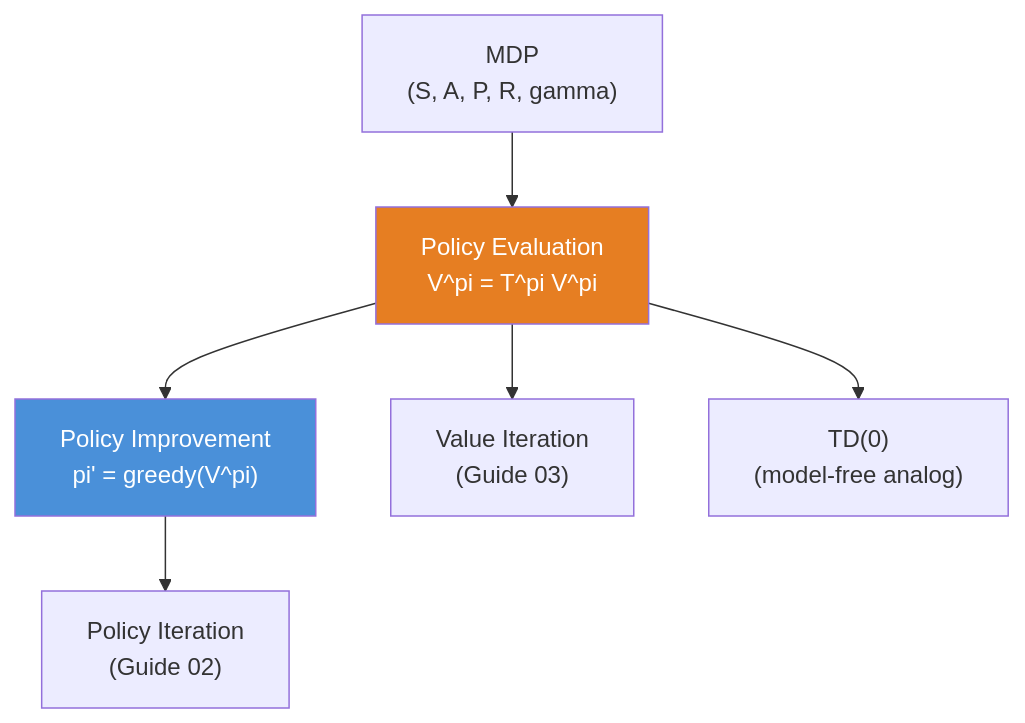
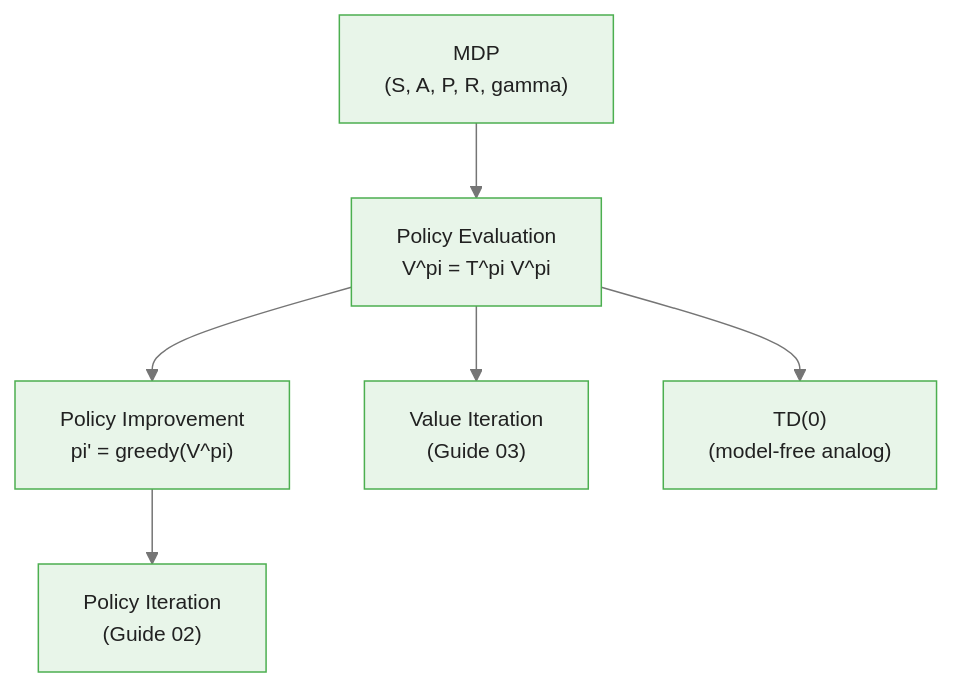
One commit to m-deane/course-creator changed the third of 3 diagrams in courses/reinforcement-learning/modules/module_01_dynamic_programming/guides/01_policy_evaluation_slides.md. Above: the diagram before and after it, drawn with Mermaid. The commit also changed other lines of this file and 131 other files, not shown here.

````diff
--- a/courses/reinforcement-learning/modules/module_01_dynamic_programming/guides/01_policy_evaluation_slides.md
+++ b/courses/reinforcement-learning/modules/module_01_dynamic_programming/guides/01_policy_evaluation_slides.md
@@ -278,10 +321,9 @@
 ```mermaid
+%%{init: {"theme": "base", "themeVariables": {"primaryColor": "#e8f5e9", "primaryBorderColor": "#4caf50", "primaryTextColor": "#212121", "secondaryColor": "#e3f2fd", "tertiaryColor": "#fff8e1", "lineColor": "#757575", "fontFamily": "Inter, sans-serif", "fontSize": "14px"}}}%%
 flowchart TD
     MDP["MDP\n(S, A, P, R, gamma)"] --> PE["Policy Evaluation\nV^pi = T^pi V^pi"]
     PE --> PI["Policy Improvement\npi' = greedy(V^pi)"]
     PI --> PIt["Policy Iteration\n(Guide 02)"]
     PE --> VI["Value Iteration\n(Guide 03)"]
     PE --> TD["TD(0)\n(model-free analog)"]
-    style PE fill:#e67e22,color:#fff
-    style PI fill:#4a90d9,color:#fff
 ```
````
